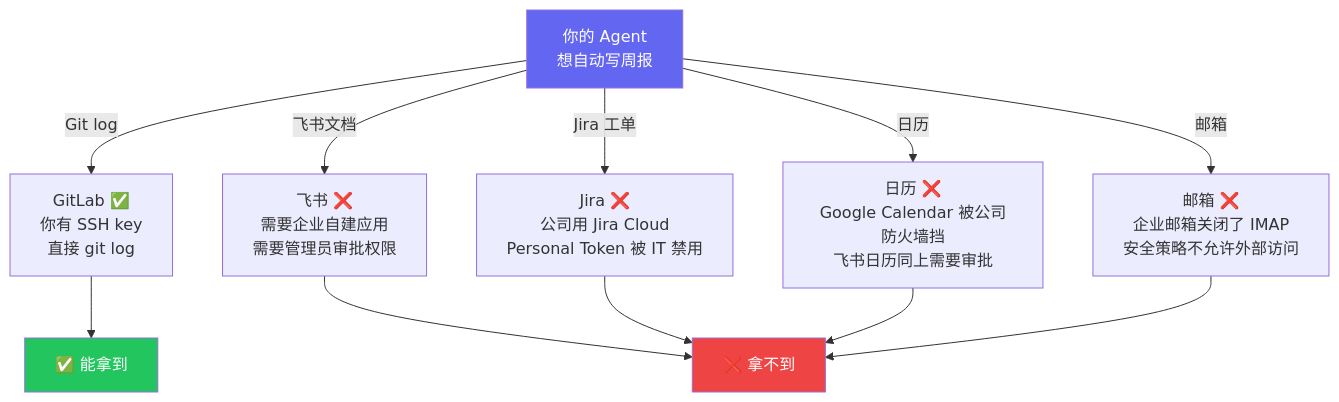
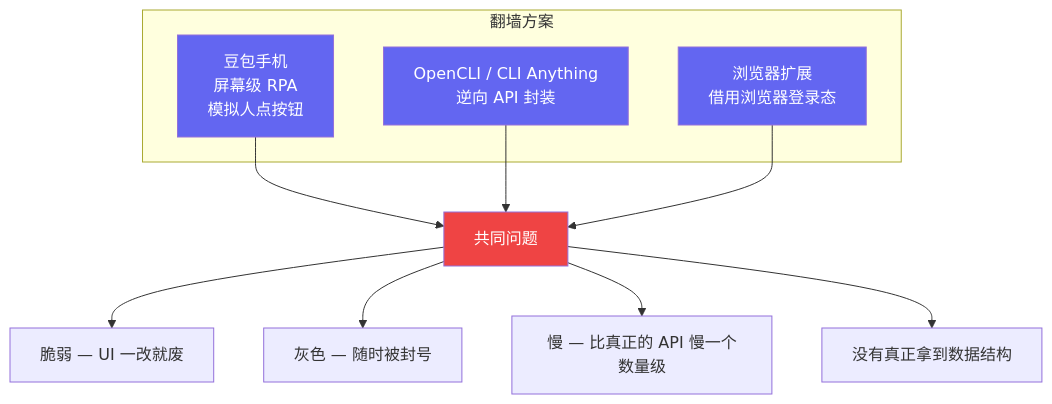
The fourth of 8 diagrams in content/zh/posts/visual-vs-api-permission.md (Trashwbin/quill), drawn with Mermaid before and after one commit. The commit also changed other lines of this file and 5 other files, not shown here.

````diff
--- a/content/zh/posts/visual-vs-api-permission.md
+++ b/content/zh/posts/visual-vs-api-permission.md
@@ -65,24 +97,22 @@
 ```mermaid
 graph TB
-    Agent["你的 Agent<br/>想自动写周报"]
+    subgraph "翻墙方案"
+        D1["豆包手机<br/>屏幕级 RPA<br/>模拟人点按钮"]
+        D2["OpenCLI / CLI Anything<br/>逆向 API 封装"]
+        D3["浏览器扩展<br/>借用浏览器登录态"]
+    end
     
-    Agent -->|"Git log"| Git["GitLab ✅<br/>你有 SSH key<br/>直接 git log"]
+    D1 --> Problem["共同问题"]
+    D2 --> Problem
+    D3 --> Problem
     
-    Agent -->|"飞书文档"| Feishu["飞书 ❌<br/>需要企业自建应用<br/>需要管理员审批权限"]
+    Problem --> P1["脆弱 — UI 一改就废"]
+    Problem --> P2["灰色 — 随时被封号"]
+    Problem --> P3["慢 — 比真正的 API 慢一个数量级"]
+    Problem --> P4["没有真正拿到数据结构"]
     
-    Agent -->|"Jira 工单"| Jira["Jira ❌<br/>公司用 Jira Cloud<br/>Personal Token 被 IT 禁用"]
-    
-    Agent -->|"日历"| Cal["日历 ❌<br/>Google Calendar 被公司防火墙挡<br/>飞书日历同上需要审批"]
-    
-    Agent -->|"邮箱"| Email["邮箱 ❌<br/>企业邮箱关闭了 IMAP<br/>安全策略不允许外部访问"]
-    
-    Git --> OK["✅ 能拿到"]
-    Feishu --> Blocked["❌ 拿不到"]
-    Jira --> Blocked
-    Cal --> Blocked
-    Email --> Blocked
-    
-    style Agent fill:#6366f1,color:#fff
-    style OK fill:#22c55e,color:#fff
-    style Blocked fill:#ef4444,color:#fff
+    style D1 fill:#6366f1,color:#fff
+    style D2 fill:#6366f1,color:#fff
+    style D3 fill:#6366f1,color:#fff
+    style Problem fill:#ef4444,color:#fff
 ```
````
